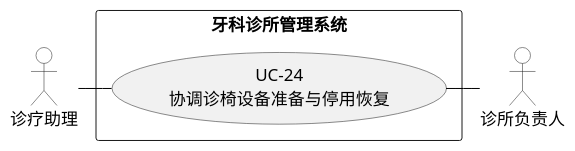
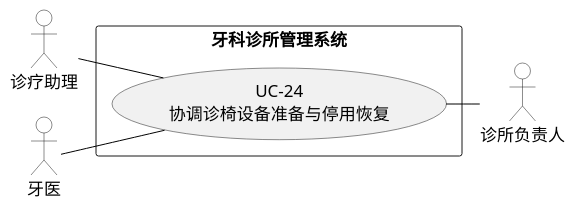
Before and after one commit to Shawmc-creator/systemAnalyseAndDesign: the diagram in 01-需求文档/diagrams/integrated-20261019/uc-24.puml, drawn with PlantUML. The commit also changed 693 other files, not shown here.

```diff
--- a/01-需求文档/diagrams/integrated-20261019/uc-24.puml
+++ b/01-需求文档/diagrams/integrated-20261019/uc-24.puml
@@ -1,26 +1,28 @@
 @startuml
 skinparam backgroundColor white
 skinparam shadowing false
 skinparam defaultFontName SimSun
 skinparam defaultFontSize 17
 skinparam ArrowColor black
 skinparam ClassBackgroundColor white
 skinparam ActorBackgroundColor white
 skinparam BoundaryBackgroundColor white
 skinparam ControlBackgroundColor white
 skinparam EntityBackgroundColor white
 skinparam NoteBackgroundColor white
 skinparam NoteBorderColor black
 skinparam classAttributeIconSize 0
 skinparam nodesep 24
 skinparam ranksep 34
 left to right direction
 actor "诊疗助理" as A0
 actor "诊所负责人" as A1
+actor "牙医" as A2
 rectangle "牙科诊所管理系统" {
 usecase "UC-24\n协调诊椅设备准备与停用恢复" as U
 }
 A0 -- U
+A2 -- U
 U -- A1
 
 @enduml
```
